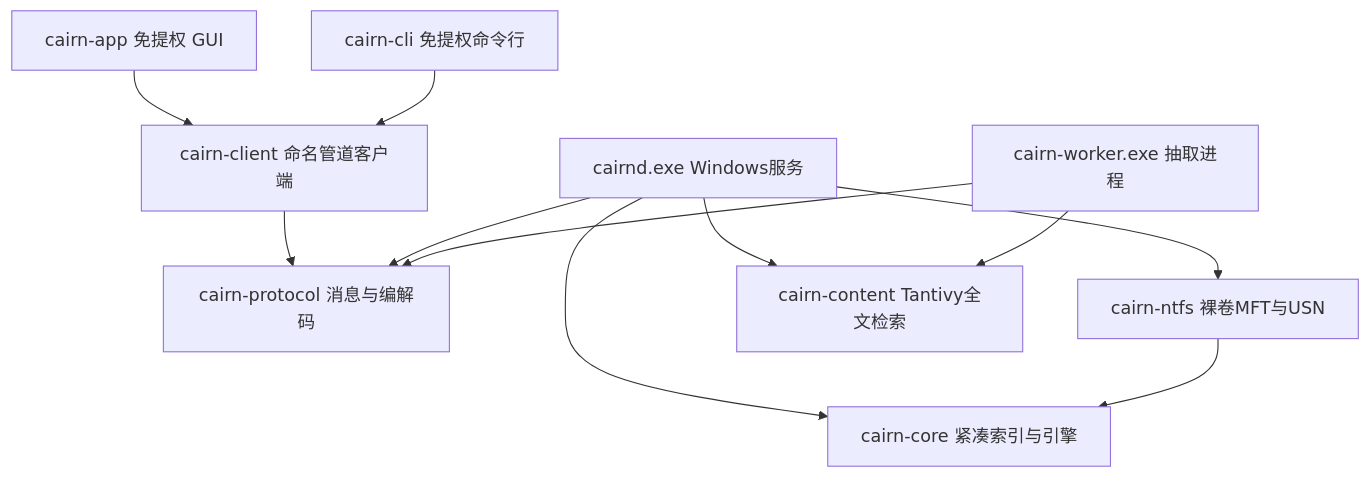
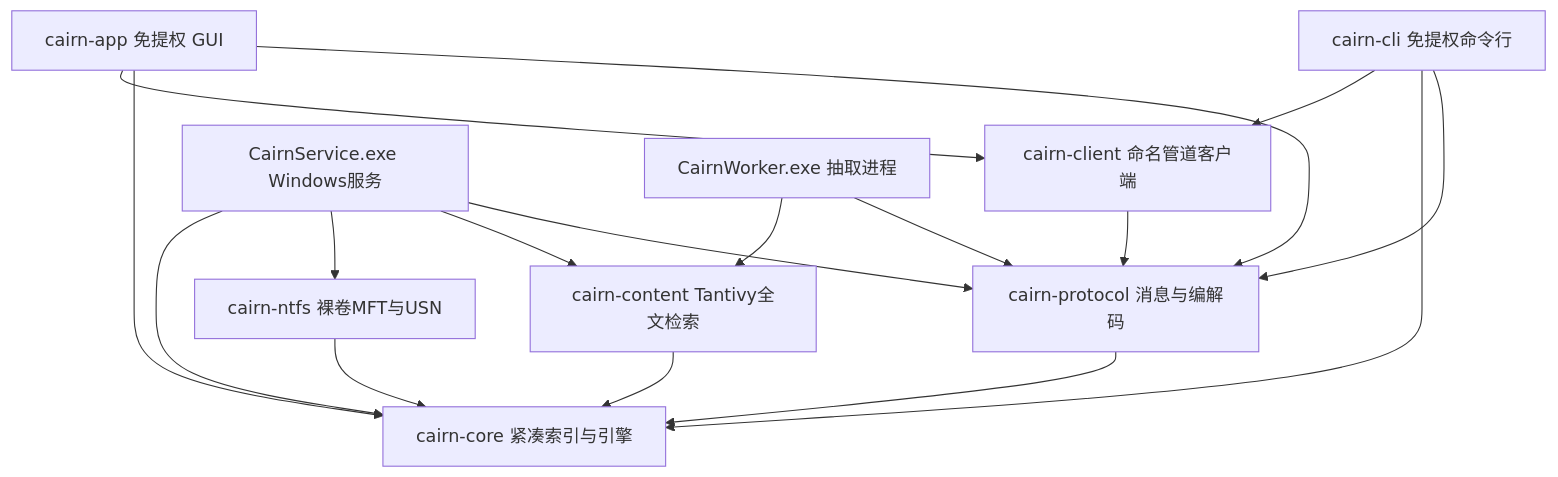
The first of 2 diagrams in docs/engineering/architecture.md (zyyyyynnn/Cairn), drawn with Mermaid before and after one commit. The commit also changed other lines of this file and 8 other files, not shown here.

First line of the commit message:
docs(engineering): refresh architecture, installer, and release contracts

````diff
--- a/docs/engineering/architecture.md
+++ b/docs/engineering/architecture.md
@@ -10,16 +10,23 @@
 ```mermaid
 graph TD
     App[cairn-app 免提权 GUI] --> Client[cairn-client 命名管道客户端]
     CLI[cairn-cli 免提权命令行] --> Client
     Client --> Protocol[cairn-protocol 消息与编解码]
+    CLI --> Core
 
-    Service[cairnd.exe Windows服务] --> Core[cairn-core 紧凑索引与引擎]
+    App --> Core[cairn-core 紧凑索引与引擎]
+    App --> Protocol
+    CLI --> Protocol
+    Protocol --> Core
+
+    Service[CairnService.exe Windows服务] --> Core
     Service --> NTFS[cairn-ntfs 裸卷MFT与USN]
     Service --> Content[cairn-content Tantivy全文检索]
     Service --> Protocol
 
-    Worker[cairn-worker.exe 抽取进程] --> Content
+    Worker[CairnWorker.exe 抽取进程] --> Content
     Worker --> Protocol
 
     NTFS --> Core
+    Content --> Core
 ```
````
